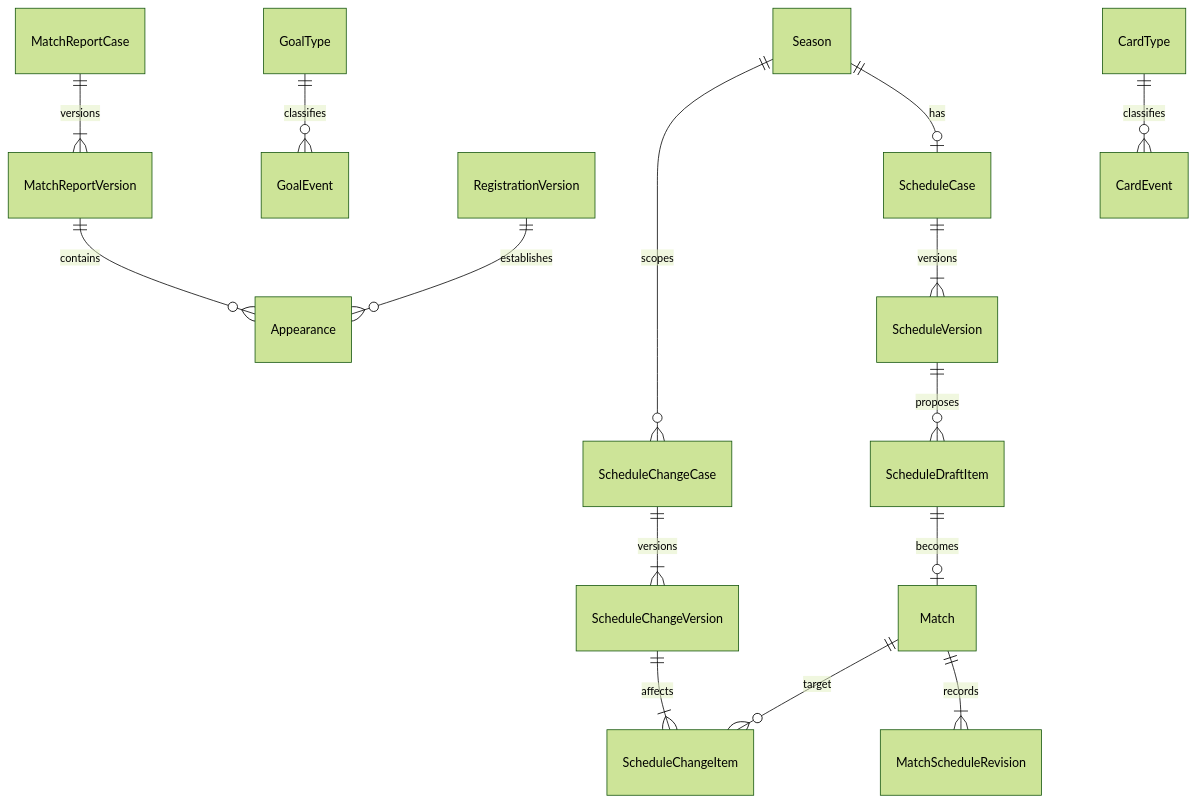
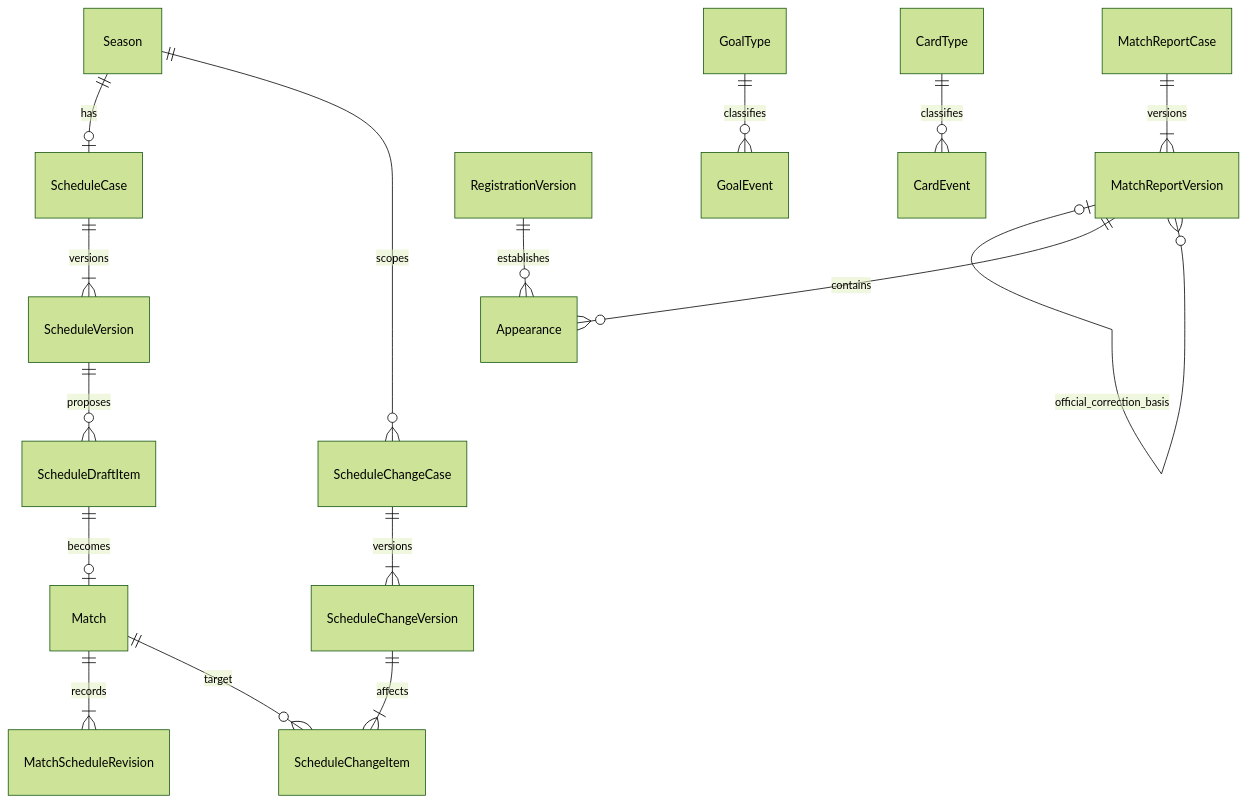
One commit to quocthai912/Whistle-EPL changed the third of 4 diagrams in context/design/architecture.md. Above: the diagram before and after it, drawn with Mermaid (forest theme). The commit also changed other lines of this file and 1 other file, not shown here.

Commit message:
docs(context): complete UC19 correction persistence and align ERD and API contracts

````diff
--- a/context/design/architecture.md
+++ b/context/design/architecture.md
@@ -428,17 +430,18 @@
 ```mermaid
 erDiagram
     Season ||--o| ScheduleCase : has
     ScheduleCase ||--|{ ScheduleVersion : versions
     ScheduleVersion ||--o{ ScheduleDraftItem : proposes
     ScheduleDraftItem ||--o| Match : becomes
     Match ||--|{ MatchScheduleRevision : records
     Season ||--o{ ScheduleChangeCase : scopes
     ScheduleChangeCase ||--|{ ScheduleChangeVersion : versions
     ScheduleChangeVersion ||--|{ ScheduleChangeItem : affects
     Match ||--o{ ScheduleChangeItem : target
     MatchReportCase ||--|{ MatchReportVersion : versions
+    MatchReportVersion o|--o{ MatchReportVersion : official_correction_basis
     MatchReportVersion ||--o{ Appearance : contains
     RegistrationVersion ||--o{ Appearance : establishes
     GoalType ||--o{ GoalEvent : classifies
     CardType ||--o{ CardEvent : classifies
 ```
````
